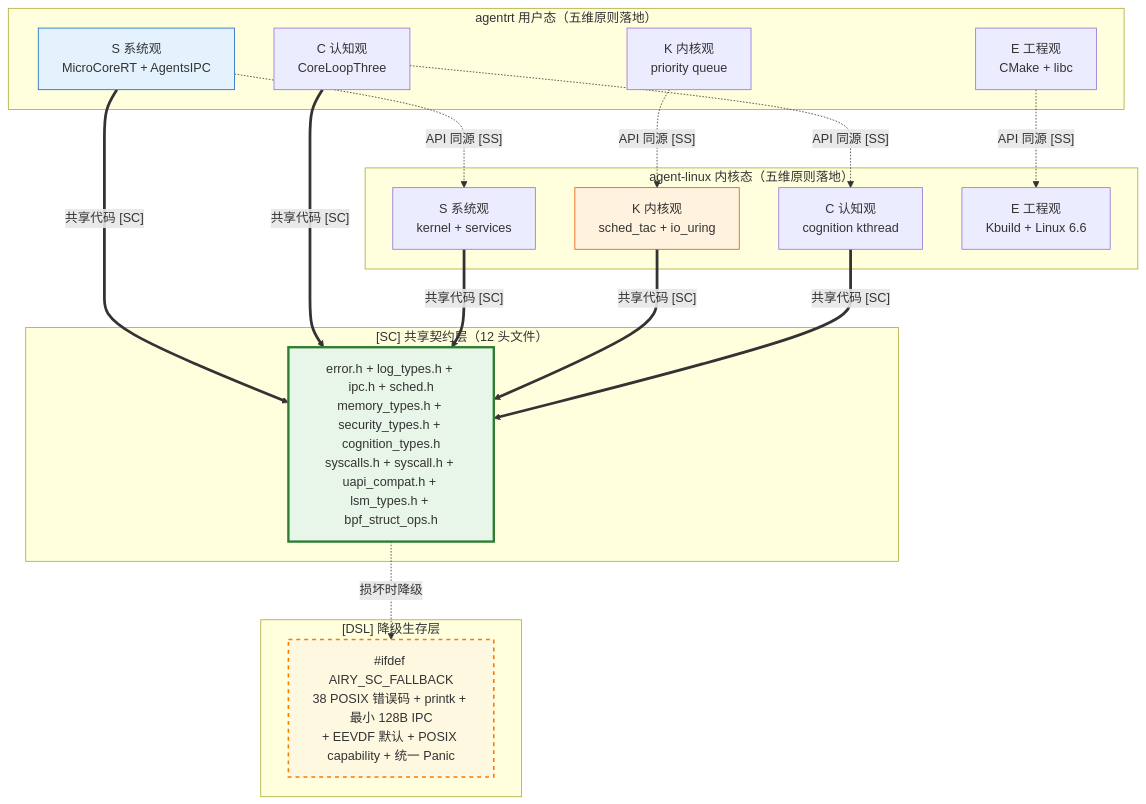
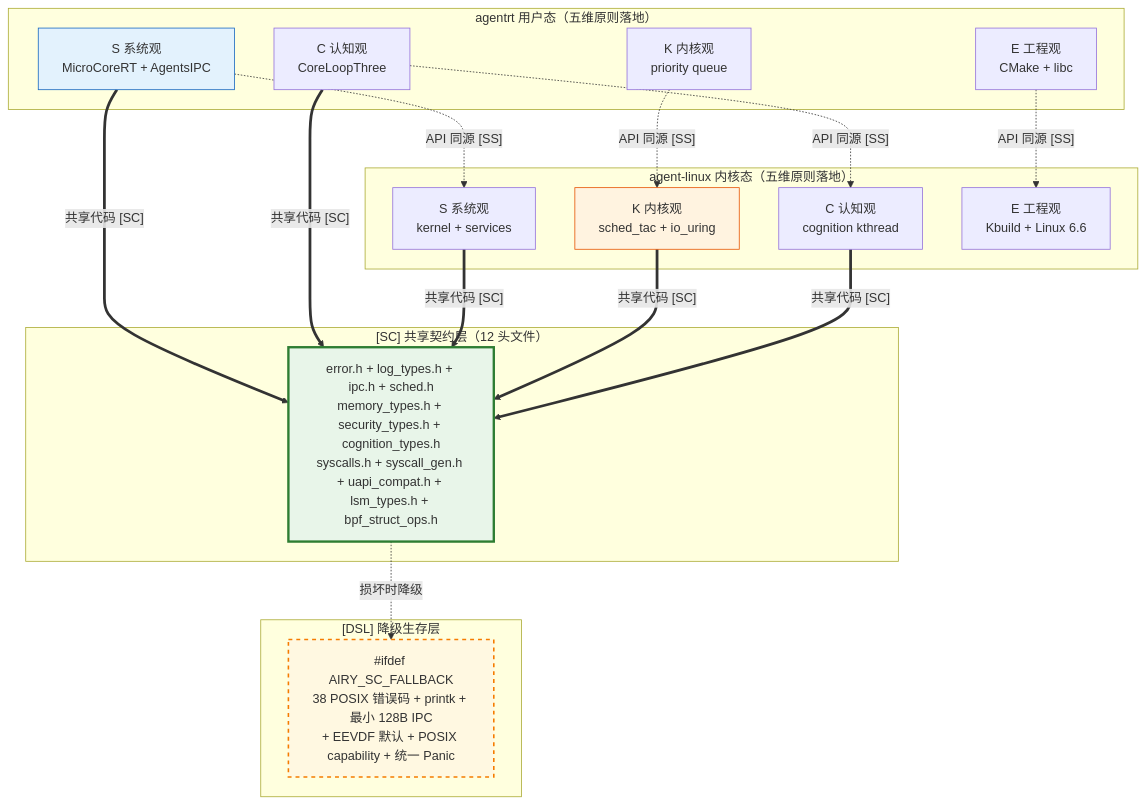
Before and after one commit to openairymax/docs-linux: the diagram in 10-architecture/02-five-dimensional-principles.md, drawn with Mermaid. The commit also changed other lines of this file and 28 other files, not shown here.

````diff
--- a/10-architecture/02-five-dimensional-principles.md
+++ b/10-architecture/02-five-dimensional-principles.md
@@ -638,42 +638,42 @@
 ```mermaid
 graph TB
     subgraph "agentrt 用户态（五维原则落地）"
         RT_S[S 系统观<br/>MicroCoreRT + AgentsIPC]
         RT_K[K 内核观<br/>priority queue]
         RT_C[C 认知观<br/>CoreLoopThree]
         RT_E[E 工程观<br/>CMake + libc]
     end
 
     subgraph "agent-linux 内核态（五维原则落地）"
         OS_S[S 系统观<br/>kernel + services]
         OS_K[K 内核观<br/>sched_tac + io_uring]
         OS_C[C 认知观<br/>cognition kthread]
         OS_E[E 工程观<br/>Kbuild + Linux 6.6]
     end
 
     subgraph "[SC] 共享契约层（12 头文件）"
-        SC[error.h + log_types.h + ipc.h + sched.h<br/>memory_types.h + security_types.h + cognition_types.h<br/>syscalls.h + syscall.h + uapi_compat.h + lsm_types.h + bpf_struct_ops.h]
+        SC[error.h + log_types.h + ipc.h + sched.h<br/>memory_types.h + security_types.h + cognition_types.h<br/>syscalls.h + syscall_gen.h + uapi_compat.h + lsm_types.h + bpf_struct_ops.h]
     end
 
     subgraph "[DSL] 降级生存层"
         DSL["#ifdef AIRY_SC_FALLBACK<br/>38 POSIX 错误码 + printk + 最小 128B IPC<br/>+ EEVDF 默认 + POSIX capability + 统一 Panic"]
     end
 
     RT_S -.->|"API 同源 [SS]"| OS_S
     RT_K -.->|"API 同源 [SS]"| OS_K
     RT_C -.->|"API 同源 [SS]"| OS_C
     RT_E -.->|"API 同源 [SS]"| OS_E
 
     RT_S ==>|"共享代码 [SC]"| SC
     RT_C ==>|"共享代码 [SC]"| SC
     OS_S ==>|"共享代码 [SC]"| SC
     OS_K ==>|"共享代码 [SC]"| SC
     OS_C ==>|"共享代码 [SC]"| SC
 
     SC -.->|"损坏时降级"| DSL
 
     style SC fill:#e8f5e9,stroke:#2e7d32,stroke-width:3px
     style DSL fill:#fff8e1,stroke:#f57c00,stroke-width:2px,stroke-dasharray: 5 5
     style RT_S fill:#e3f2fd,stroke:#1565c0
     style OS_K fill:#fff3e0,stroke:#e65100
 ```
````
